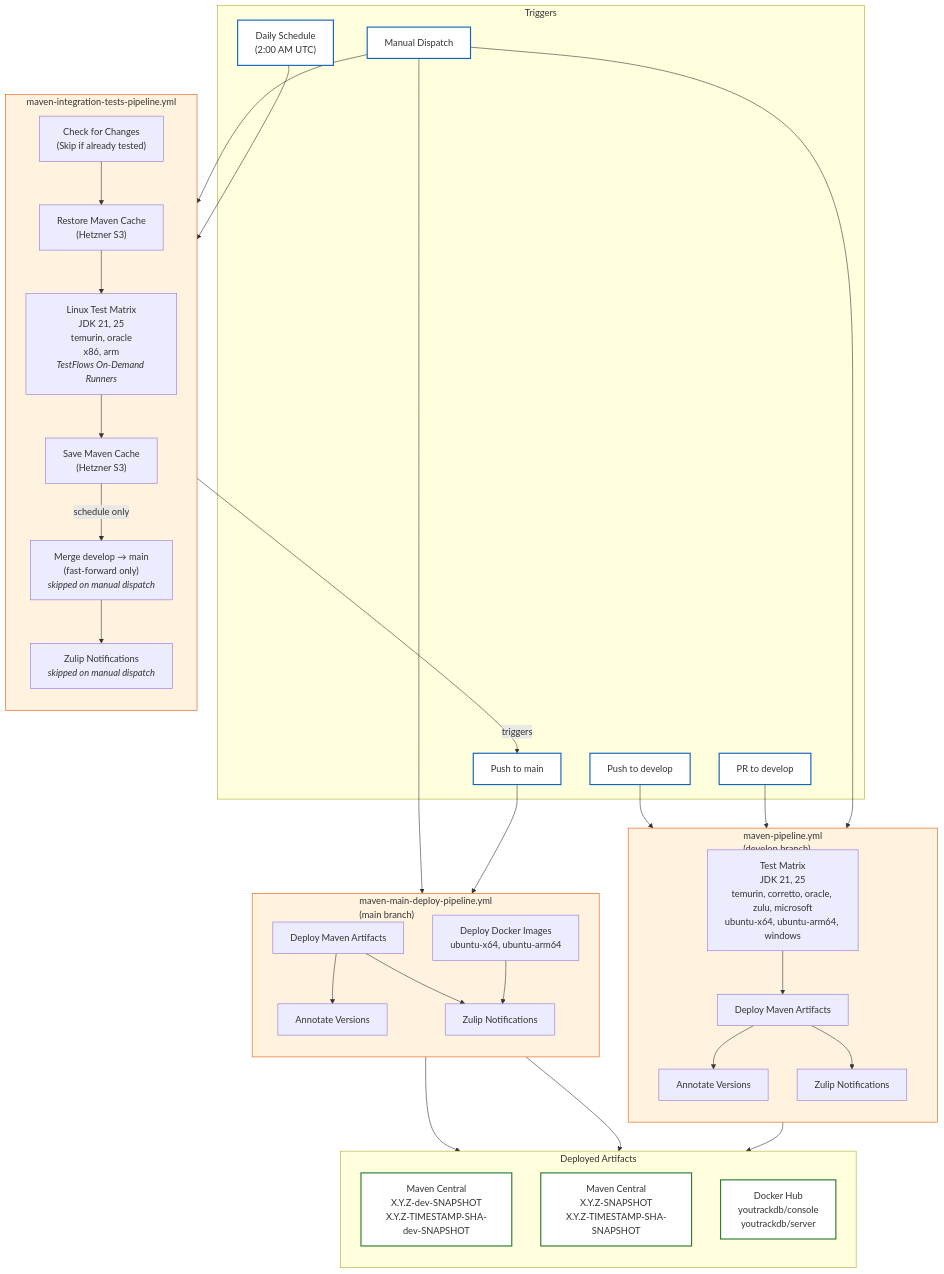
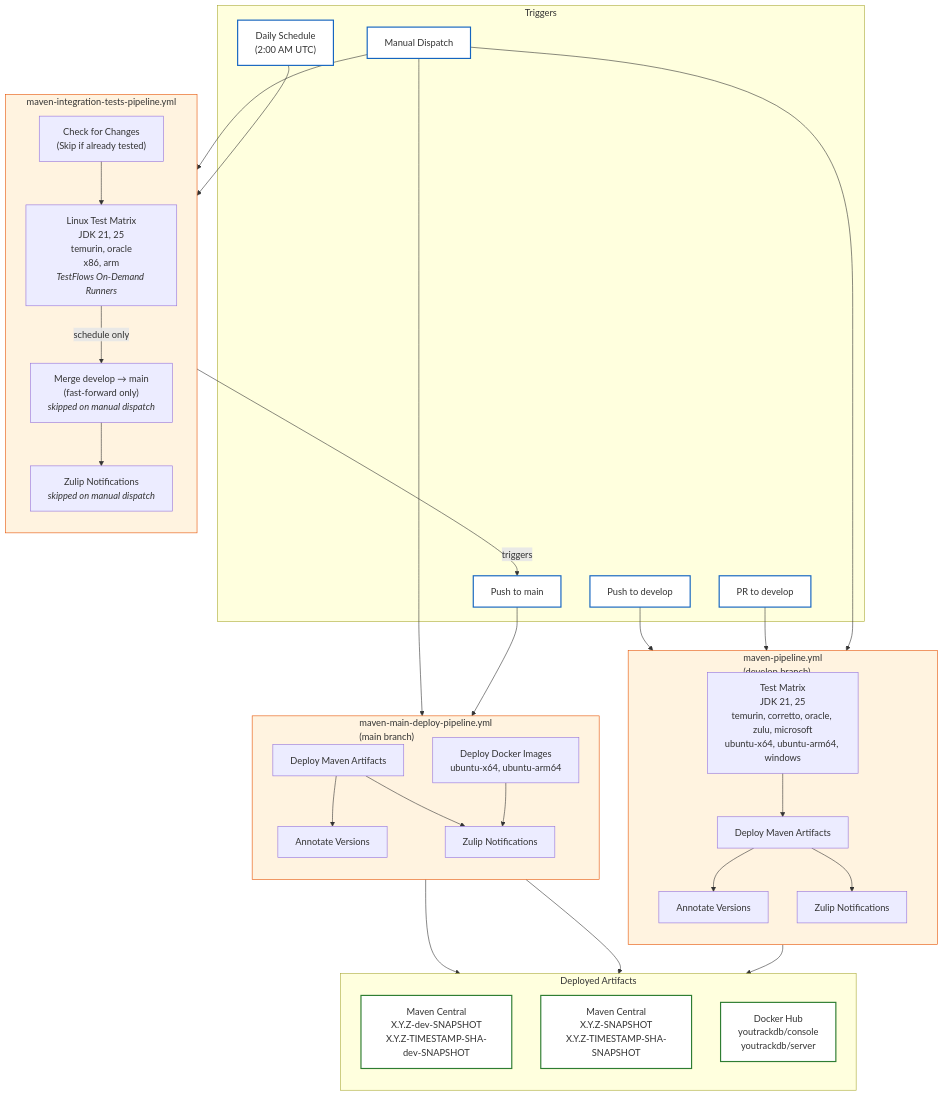
One commit to JetBrains/youtrackdb changed the diagram in .github/workflows/ci-cd-diagram.md. Above: the diagram before and after it, drawn with Mermaid. The commit also changed other lines of this file and 17 other files, not shown here.

```diff
--- a/.github/workflows/ci-cd-diagram.md
+++ b/.github/workflows/ci-cd-diagram.md
@@ -24,15 +24,11 @@
     subgraph integration_pipeline["maven-integration-tests-pipeline.yml"]
         direction TB
         it_check["Check for Changes<br/>(Skip if already tested)"]
-        it_cache_restore["Restore Maven Cache<br/>(Hetzner S3)"]
         it_test_linux["Linux Test Matrix<br/>JDK 21, 25<br/>temurin, oracle<br/>x86, arm<br/><i>TestFlows On-Demand Runners</i>"]
-        it_cache_save["Save Maven Cache<br/>(Hetzner S3)"]
         it_merge["Merge develop → main<br/>(fast-forward only)<br/><i>skipped on manual dispatch</i>"]
         it_notify["Zulip Notifications<br/><i>skipped on manual dispatch</i>"]
-        it_check --> it_cache_restore
-        it_cache_restore --> it_test_linux
-        it_test_linux --> it_cache_save
-        it_cache_save -->|"schedule only"| it_merge
+      it_check --> it_test_linux
+      it_test_linux -->|" schedule only "| it_merge
         it_merge --> it_notify
     end
 
```
